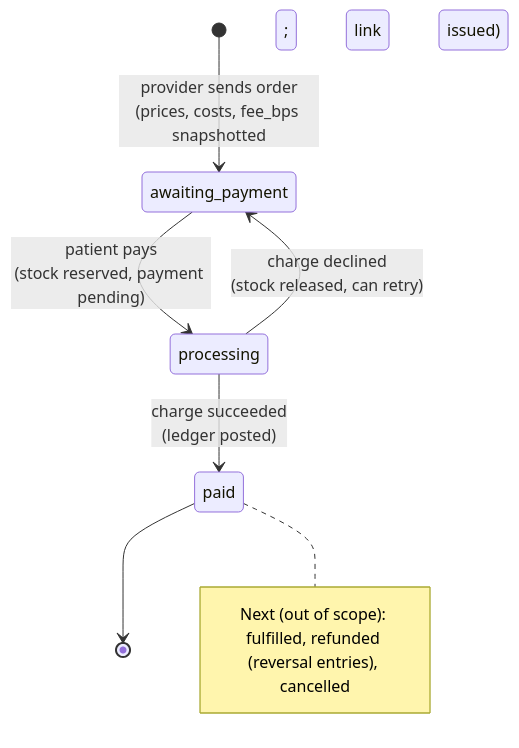
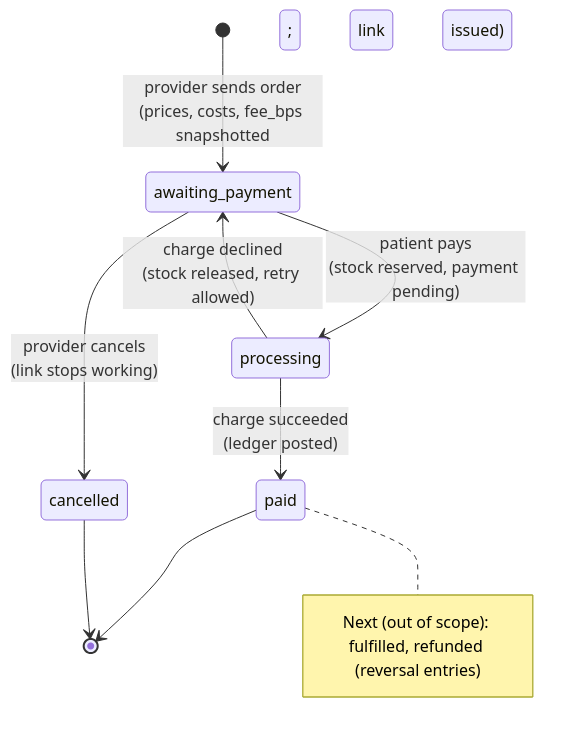
Before and after one commit to hisefath/cerbo-supplement-store: the diagram in docs/diagrams/order-state.mmd, drawn with Mermaid. The commit also changed 6 other files, not shown here.

First line of the commit message:
Docs: align PRD, system design, architecture and diagrams with the build

```diff
--- a/docs/diagrams/order-state.mmd
+++ b/docs/diagrams/order-state.mmd
@@ -1,9 +1,11 @@
 stateDiagram-v2
   [*] --> awaiting_payment: provider sends order<br/>(prices, costs, fee_bps snapshotted; link issued)
   awaiting_payment --> processing: patient pays<br/>(stock reserved, payment pending)
   processing --> paid: charge succeeded<br/>(ledger posted)
-  processing --> awaiting_payment: charge declined<br/>(stock released, can retry)
+  processing --> awaiting_payment: charge declined<br/>(stock released, retry allowed)
+  awaiting_payment --> cancelled: provider cancels<br/>(link stops working)
   paid --> [*]
+  cancelled --> [*]
   note right of paid
-    Next (out of scope): fulfilled, refunded (reversal entries), cancelled
+    Next (out of scope): fulfilled, refunded (reversal entries)
   end note
```
